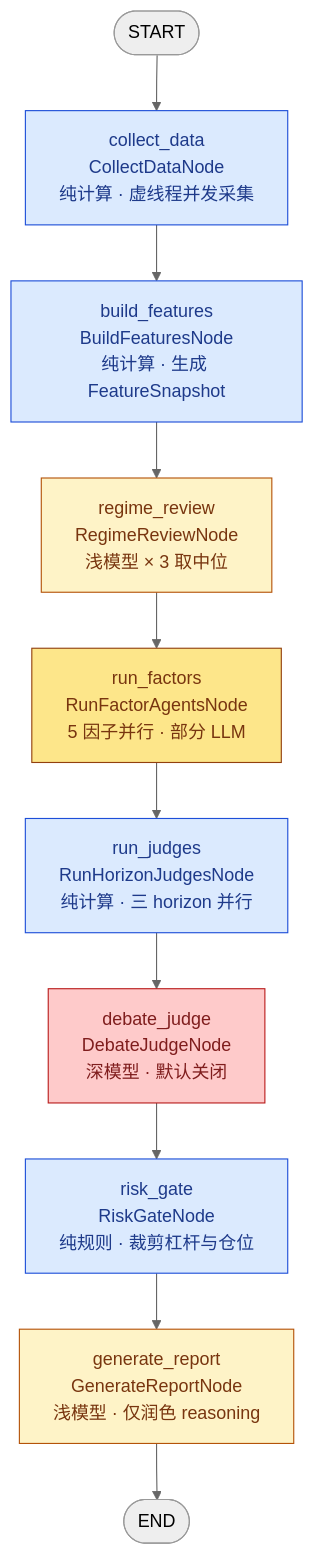
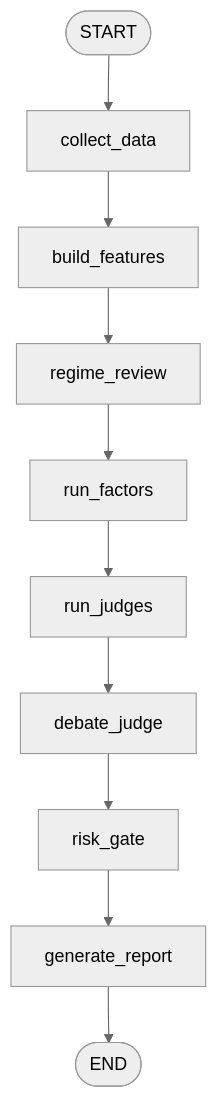
Before and after one commit to mamawai/wtfibought: the second of 2 diagrams in docs/Quantitative analysis.md, drawn with Mermaid (neutral theme). The commit also changed other lines of this file and 1 other file, not shown here.

````diff
--- a/docs/Quantitative analysis.md
+++ b/docs/Quantitative analysis.md
@@ -139,22 +149,12 @@
 ```mermaid
 flowchart TB
-    START([START]) --> N1
-    N1["collect_data<br/>CollectDataNode<br/>纯计算 · 虚线程并发采集"]
-    N2["build_features<br/>BuildFeaturesNode<br/>纯计算 · 生成 FeatureSnapshot"]
-    N3["regime_review<br/>RegimeReviewNode<br/>浅模型 × 3 取中位"]
-    N4["run_factors<br/>RunFactorAgentsNode<br/>5 因子并行 · 部分 LLM"]
-    N5["run_judges<br/>RunHorizonJudgesNode<br/>纯计算 · 三 horizon 并行"]
-    N6["debate_judge<br/>DebateJudgeNode<br/>深模型 · 默认关闭"]
-    N7["risk_gate<br/>RiskGateNode<br/>纯规则 · 裁剪杠杆与仓位"]
-    N8["generate_report<br/>GenerateReportNode<br/>浅模型 · 仅润色 reasoning"]
-    N1 --> N2 --> N3 --> N4 --> N5 --> N6 --> N7 --> N8 --> END([END])
-
-    classDef pure fill:#dbeafe,stroke:#1d4ed8,color:#1e3a8a
-    classDef shallow fill:#fef3c7,stroke:#b45309,color:#78350f
-    classDef deep fill:#fecaca,stroke:#b91c1c,color:#7f1d1d
-    classDef mixed fill:#fde68a,stroke:#92400e,color:#78350f
-    class N1,N2,N5,N7 pure
-    class N3,N8 shallow
-    class N4 mixed
-    class N6 deep
+    START([START]) --> C["collect_data"]
+    C --> B["build_features"]
+    B --> R["regime_review"]
+    R --> F["run_factors"]
+    F --> J["run_judges"]
+    J --> D["debate_judge"]
+    D --> RG["risk_gate"]
+    RG --> GR["generate_report"]
+    GR --> END([END])
 ```
````
